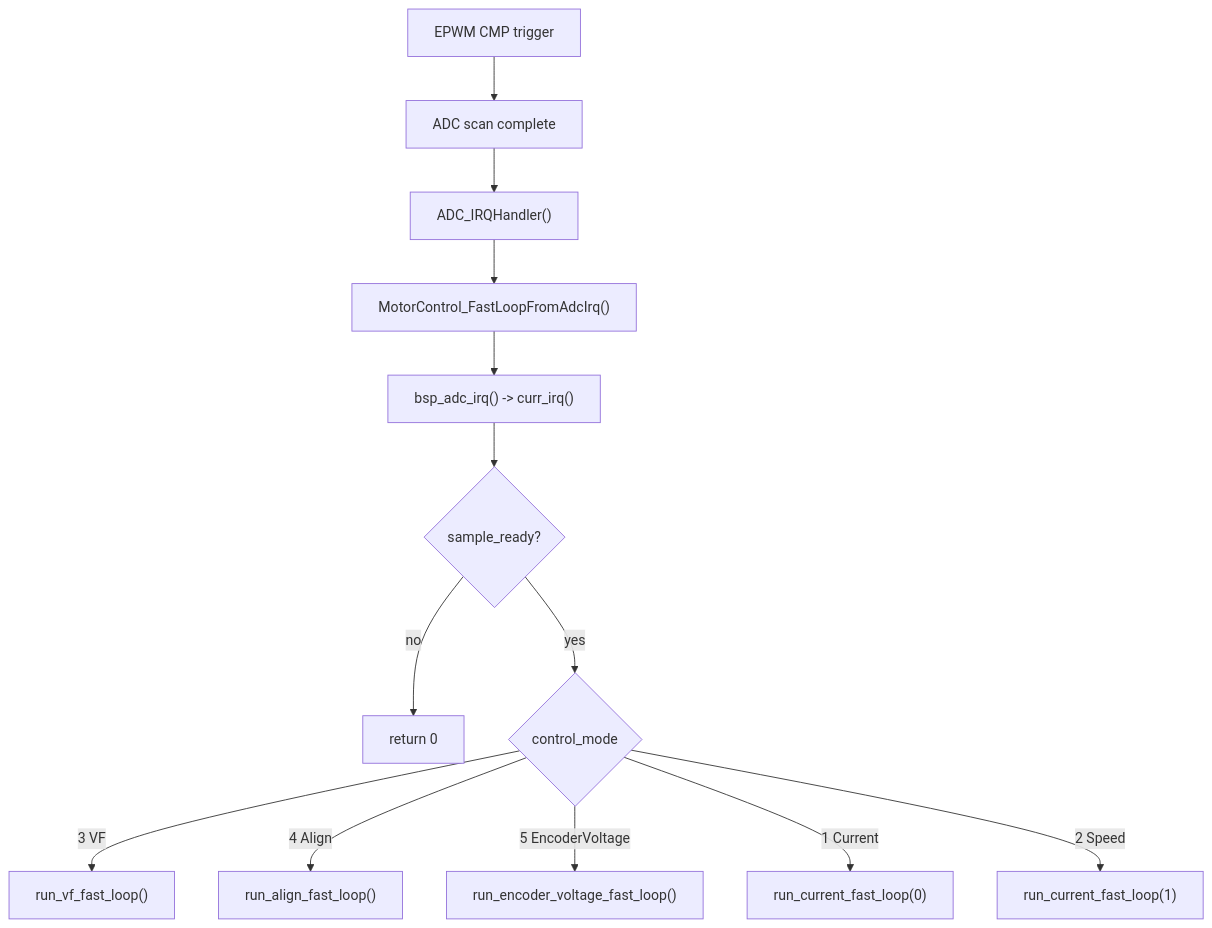
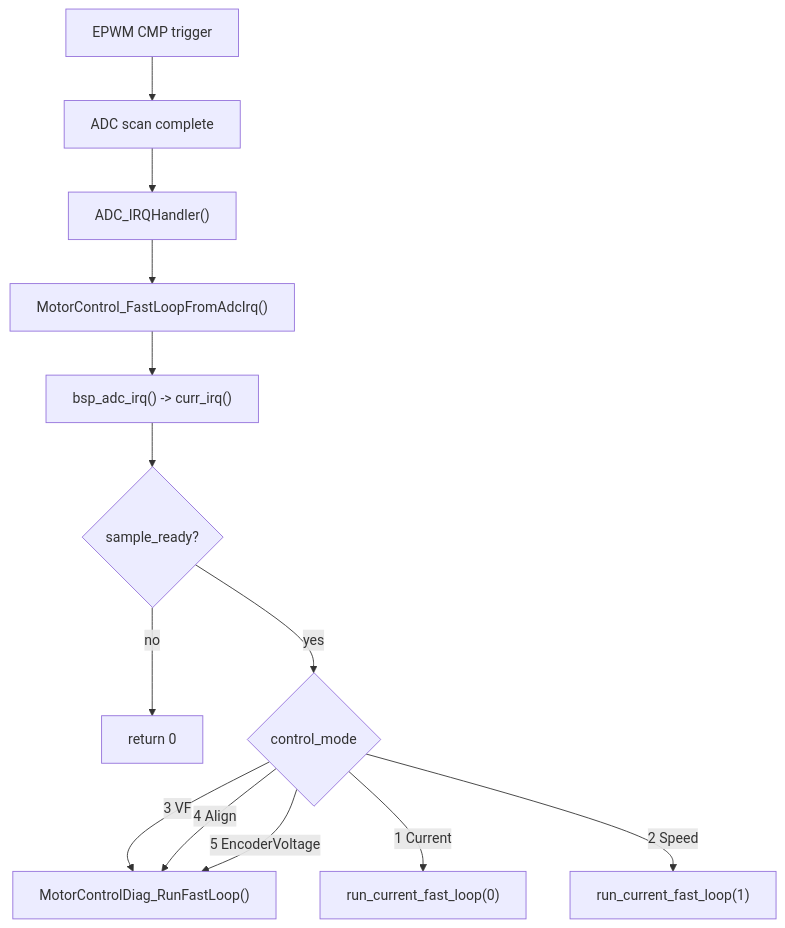
Before and after one commit to niahosi/CMS32FOC_GCC: the second of 4 diagrams in Docs/Architecture/ActiveControlChain.md, drawn with Mermaid. The commit also changed other lines of this file and 15 other files, not shown here.

````diff
--- a/Docs/Architecture/ActiveControlChain.md
+++ b/Docs/Architecture/ActiveControlChain.md
@@ -30,15 +32,15 @@
 ```mermaid
 flowchart TD
     pwm["EPWM CMP trigger"] --> adc["ADC scan complete"]
     adc --> irq["ADC_IRQHandler()"]
     irq --> fast["MotorControl_FastLoopFromAdcIrq()"]
     fast --> sample["bsp_adc_irq() -> curr_irq()"]
     sample --> ready{"sample_ready?"}
     ready -- no --> ret0["return 0"]
     ready -- yes --> mode{"control_mode"}
-    mode -- 3 VF --> vf["run_vf_fast_loop()"]
-    mode -- 4 Align --> align["run_align_fast_loop()"]
-    mode -- 5 EncoderVoltage --> ev["run_encoder_voltage_fast_loop()"]
+    mode -- 3 VF --> diag["MotorControlDiag_RunFastLoop()"]
+    mode -- 4 Align --> diag
+    mode -- 5 EncoderVoltage --> diag
     mode -- 1 Current --> cur["run_current_fast_loop(0)"]
     mode -- 2 Speed --> spd["run_current_fast_loop(1)"]
 ```
````
